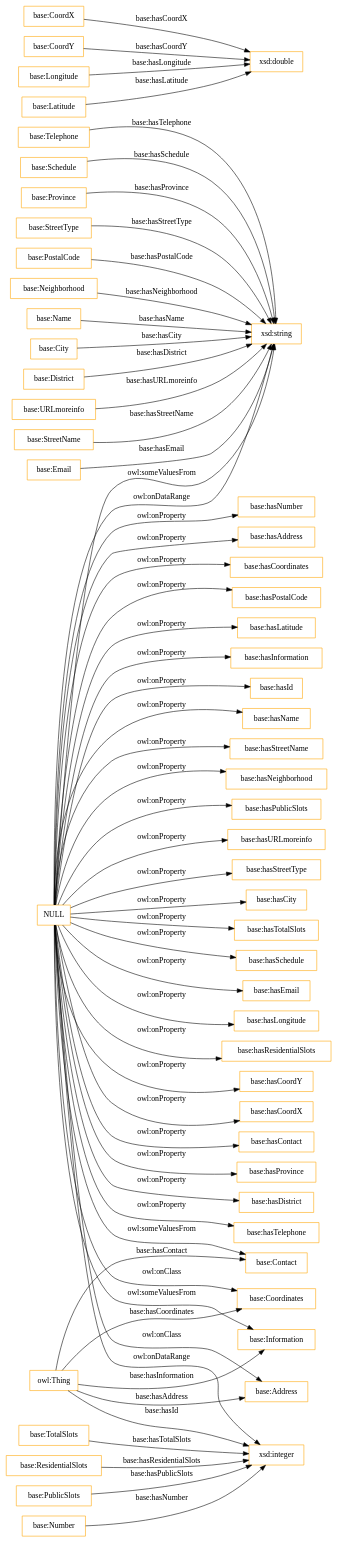
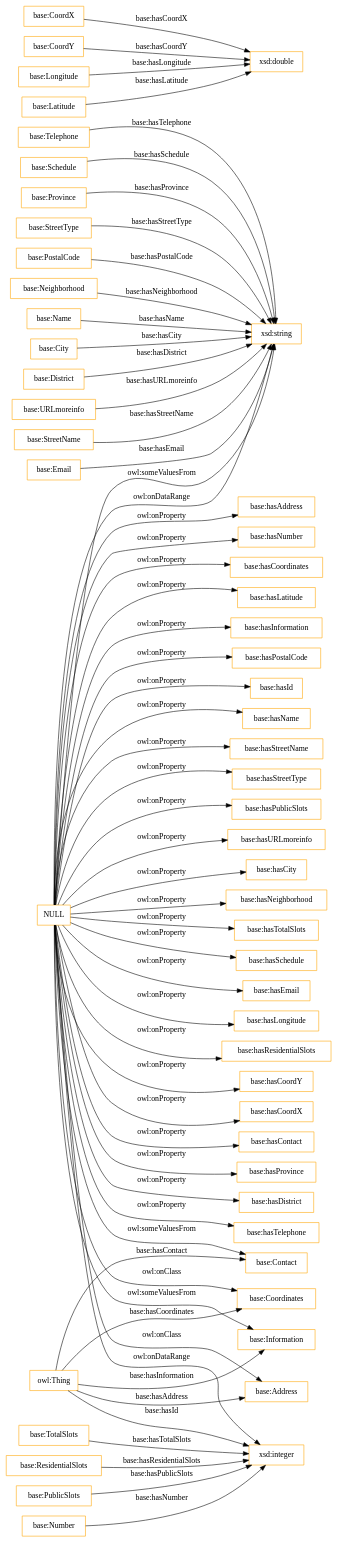
The diagram in OnToology/HandsOn/Group02/ontology/ontology.ttl/diagrams/ar2dtool-class/ontology.ttl.png.dot (adrix1341/Curso2020-2021), drawn with Graphviz before and after one commit. The commit also changed other lines of this file and 5 other files, not shown here.

```diff
--- a/OnToology/HandsOn/Group02/ontology/ontology.ttl/diagrams/ar2dtool-class/ontology.ttl.png.dot
+++ b/OnToology/HandsOn/Group02/ontology/ontology.ttl/diagrams/ar2dtool-class/ontology.ttl.png.dot
@@ -1,63 +1,63 @@
 digraph ar2dtool_diagram { 
 rankdir=LR;
 size="1501"
 node [shape = rectangle, color="orange"]; "base:Telephone" "base:Schedule" "base:Province" "base:StreetType" "base:CoordX" "base:PostalCode" "base:Contact" "base:Neighborhood" "base:Name" "base:City" "base:District" "base:CoordY" "base:TotalSlots" "base:URLmoreinfo" "base:Address" "base:ResidentialSlots" "base:StreetName" "base:PublicSlots" "base:Coordinates" "base:Email" "base:Number" "base:Longitude" "base:Information" "base:Latitude" ; /*classes style*/
 	"NULL" -> "base:hasResidentialSlots" [ label = "owl:onProperty" ];
 	"NULL" -> "base:hasCoordY" [ label = "owl:onProperty" ];
+	"NULL" -> "xsd:string" [ label = "owl:someValuesFrom" ];
 	"NULL" -> "base:hasCoordX" [ label = "owl:onProperty" ];
-	"NULL" -> "xsd:string" [ label = "owl:someValuesFrom" ];
 	"NULL" -> "base:hasContact" [ label = "owl:onProperty" ];
 	"NULL" -> "base:hasProvince" [ label = "owl:onProperty" ];
 	"NULL" -> "xsd:integer" [ label = "owl:onDataRange" ];
 	"NULL" -> "base:hasDistrict" [ label = "owl:onProperty" ];
 	"NULL" -> "base:hasTelephone" [ label = "owl:onProperty" ];
 	"NULL" -> "base:Contact" [ label = "owl:someValuesFrom" ];
+	"NULL" -> "base:hasAddress" [ label = "owl:onProperty" ];
 	"NULL" -> "base:hasNumber" [ label = "owl:onProperty" ];
-	"NULL" -> "base:hasAddress" [ label = "owl:onProperty" ];
 	"NULL" -> "base:Coordinates" [ label = "owl:onClass" ];
 	"NULL" -> "base:hasCoordinates" [ label = "owl:onProperty" ];
-	"NULL" -> "base:hasPostalCode" [ label = "owl:onProperty" ];
 	"NULL" -> "base:hasLatitude" [ label = "owl:onProperty" ];
 	"NULL" -> "base:hasInformation" [ label = "owl:onProperty" ];
+	"NULL" -> "base:hasPostalCode" [ label = "owl:onProperty" ];
 	"NULL" -> "base:hasId" [ label = "owl:onProperty" ];
 	"NULL" -> "base:hasName" [ label = "owl:onProperty" ];
 	"NULL" -> "base:hasStreetName" [ label = "owl:onProperty" ];
-	"NULL" -> "base:hasNeighborhood" [ label = "owl:onProperty" ];
+	"NULL" -> "base:hasStreetType" [ label = "owl:onProperty" ];
 	"NULL" -> "base:hasPublicSlots" [ label = "owl:onProperty" ];
 	"NULL" -> "xsd:string" [ label = "owl:onDataRange" ];
 	"NULL" -> "base:hasURLmoreinfo" [ label = "owl:onProperty" ];
-	"NULL" -> "base:hasStreetType" [ label = "owl:onProperty" ];
 	"NULL" -> "base:hasCity" [ label = "owl:onProperty" ];
+	"NULL" -> "base:hasNeighborhood" [ label = "owl:onProperty" ];
 	"NULL" -> "base:hasTotalSlots" [ label = "owl:onProperty" ];
 	"NULL" -> "base:hasSchedule" [ label = "owl:onProperty" ];
 	"NULL" -> "base:hasEmail" [ label = "owl:onProperty" ];
 	"NULL" -> "base:Information" [ label = "owl:someValuesFrom" ];
 	"NULL" -> "base:Address" [ label = "owl:onClass" ];
 	"NULL" -> "base:hasLongitude" [ label = "owl:onProperty" ];
 	"owl:Thing" -> "base:Contact" [ label = "base:hasContact" ];
 	"base:TotalSlots" -> "xsd:integer" [ label = "base:hasTotalSlots" ];
 	"base:Name" -> "xsd:string" [ label = "base:hasName" ];
 	"base:Latitude" -> "xsd:double" [ label = "base:hasLatitude" ];
 	"base:Schedule" -> "xsd:string" [ label = "base:hasSchedule" ];
 	"base:Telephone" -> "xsd:string" [ label = "base:hasTelephone" ];
 	"owl:Thing" -> "xsd:integer" [ label = "base:hasId" ];
 	"base:ResidentialSlots" -> "xsd:integer" [ label = "base:hasResidentialSlots" ];
 	"base:StreetType" -> "xsd:string" [ label = "base:hasStreetType" ];
 	"base:Number" -> "xsd:integer" [ label = "base:hasNumber" ];
 	"base:City" -> "xsd:string" [ label = "base:hasCity" ];
 	"owl:Thing" -> "base:Information" [ label = "base:hasInformation" ];
 	"base:PublicSlots" -> "xsd:integer" [ label = "base:hasPublicSlots" ];
 	"base:StreetName" -> "xsd:string" [ label = "base:hasStreetName" ];
 	"owl:Thing" -> "base:Address" [ label = "base:hasAddress" ];
 	"base:Province" -> "xsd:string" [ label = "base:hasProvince" ];
 	"owl:Thing" -> "base:Coordinates" [ label = "base:hasCoordinates" ];
 	"base:Longitude" -> "xsd:double" [ label = "base:hasLongitude" ];
 	"base:CoordX" -> "xsd:double" [ label = "base:hasCoordX" ];
 	"base:CoordY" -> "xsd:double" [ label = "base:hasCoordY" ];
 	"base:District" -> "xsd:string" [ label = "base:hasDistrict" ];
 	"base:PostalCode" -> "xsd:string" [ label = "base:hasPostalCode" ];
 	"base:Email" -> "xsd:string" [ label = "base:hasEmail" ];
 	"base:Neighborhood" -> "xsd:string" [ label = "base:hasNeighborhood" ];
 	"base:URLmoreinfo" -> "xsd:string" [ label = "base:hasURLmoreinfo" ];
 
 }
```
